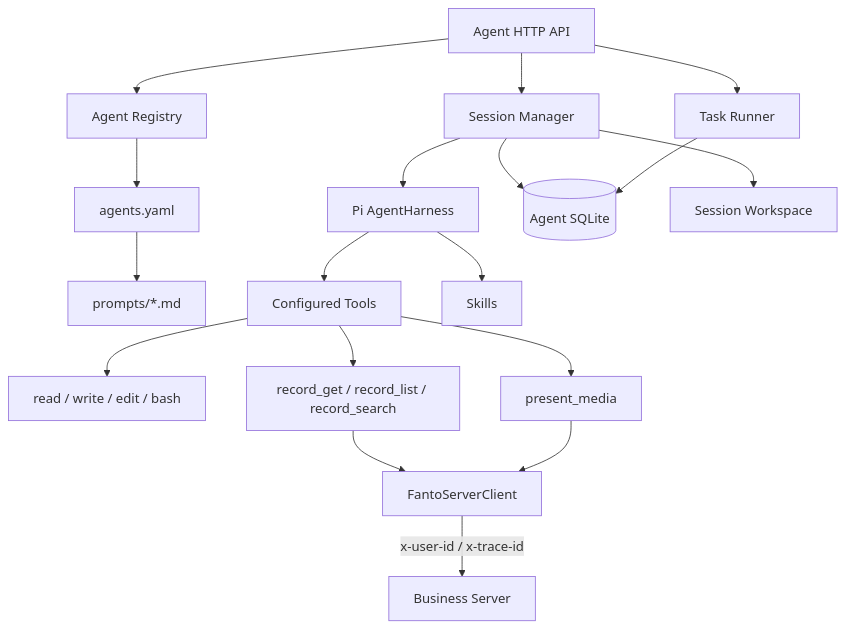
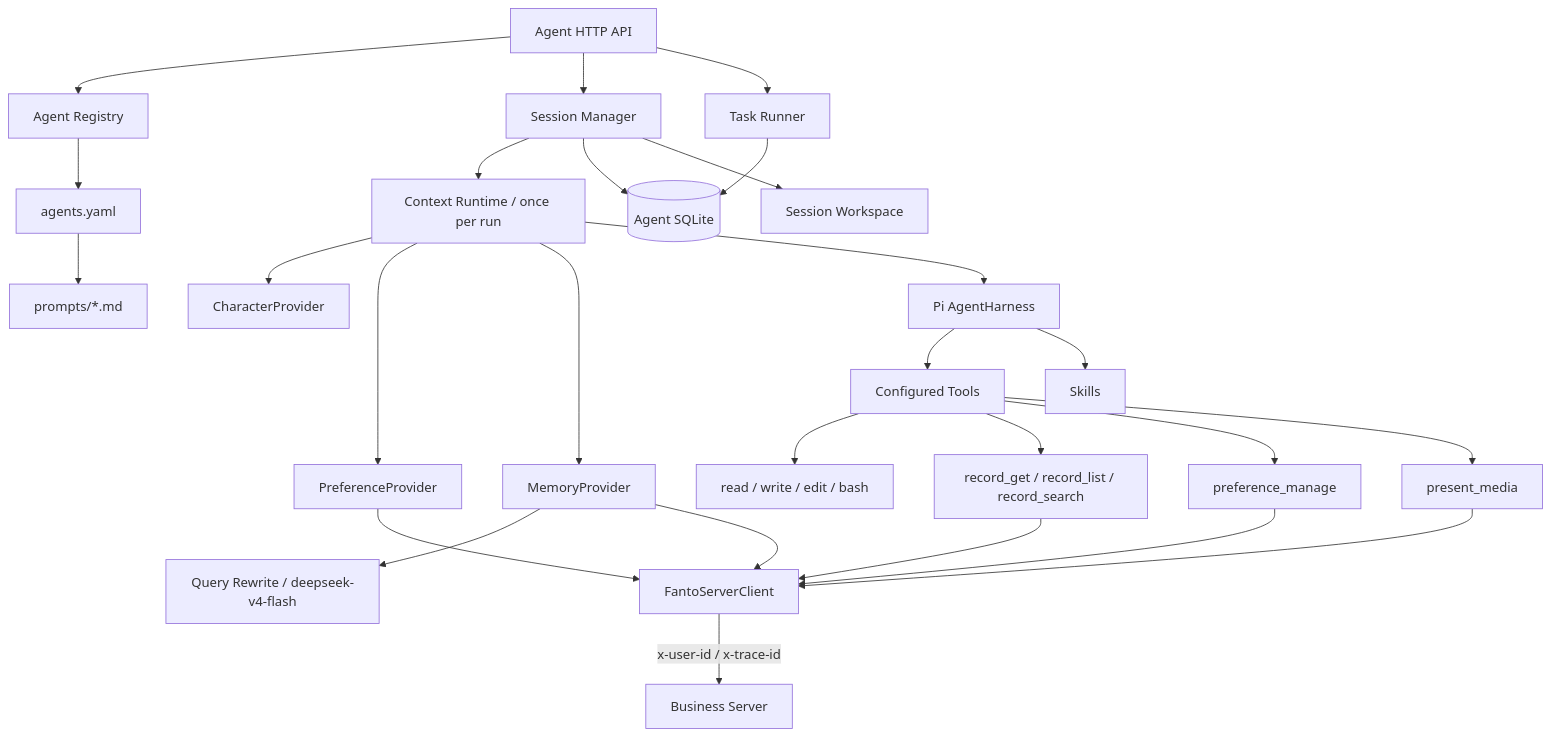
One commit to huiru-wang/fanto changed the diagram in docs/architecture/agent-runtime.md. Above: the diagram before and after it, drawn with Mermaid. The commit also changed other lines of this file and 49 other files, not shown here.

Commit message:
feat(context): complete dynamic context runtime

````diff
--- a/docs/architecture/agent-runtime.md
+++ b/docs/architecture/agent-runtime.md
@@ -7,20 +7,29 @@
 ```mermaid
 flowchart TD
   HTTP[Agent HTTP API] --> REG[Agent Registry]
   HTTP --> SM[Session Manager]
   HTTP --> TR[Task Runner]
   REG --> YAML[agents.yaml]
   YAML --> PROMPTS[prompts/*.md]
-  SM --> PI[Pi AgentHarness]
+  SM --> CR[Context Runtime / once per run]
+  CR --> CHAR[CharacterProvider]
+  CR --> PREF[PreferenceProvider]
+  CR --> MEM[MemoryProvider]
+  PREF --> FSC[FantoServerClient]
+  MEM --> QR[Query Rewrite / deepseek-v4-flash]
+  MEM --> FSC
+  CR --> PI[Pi AgentHarness]
   PI --> TOOLS[Configured Tools]
   TOOLS --> BUILTIN[read / write / edit / bash]
   TOOLS --> RECORD[record_get / record_list / record_search]
+  TOOLS --> PM[preference_manage]
   TOOLS --> PRESENT[present_media]
-  RECORD --> FSC[FantoServerClient]
+  RECORD --> FSC
+  PM --> FSC
   PRESENT --> FSC
   FSC -->|x-user-id / x-trace-id| SERVER[Business Server]
   PI --> SKILLS[Skills]
   SM --> DB[(Agent SQLite)]
   TR --> DB
   SM --> WS[Session Workspace]
 ```
````
